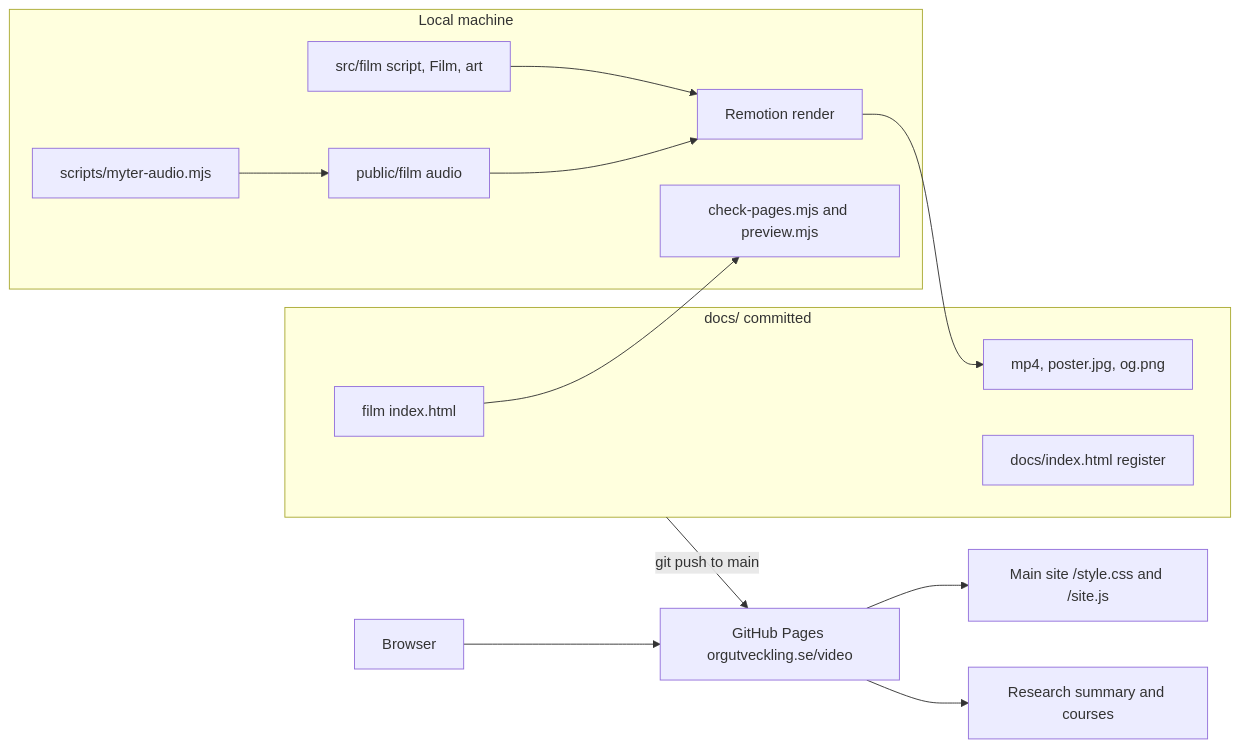
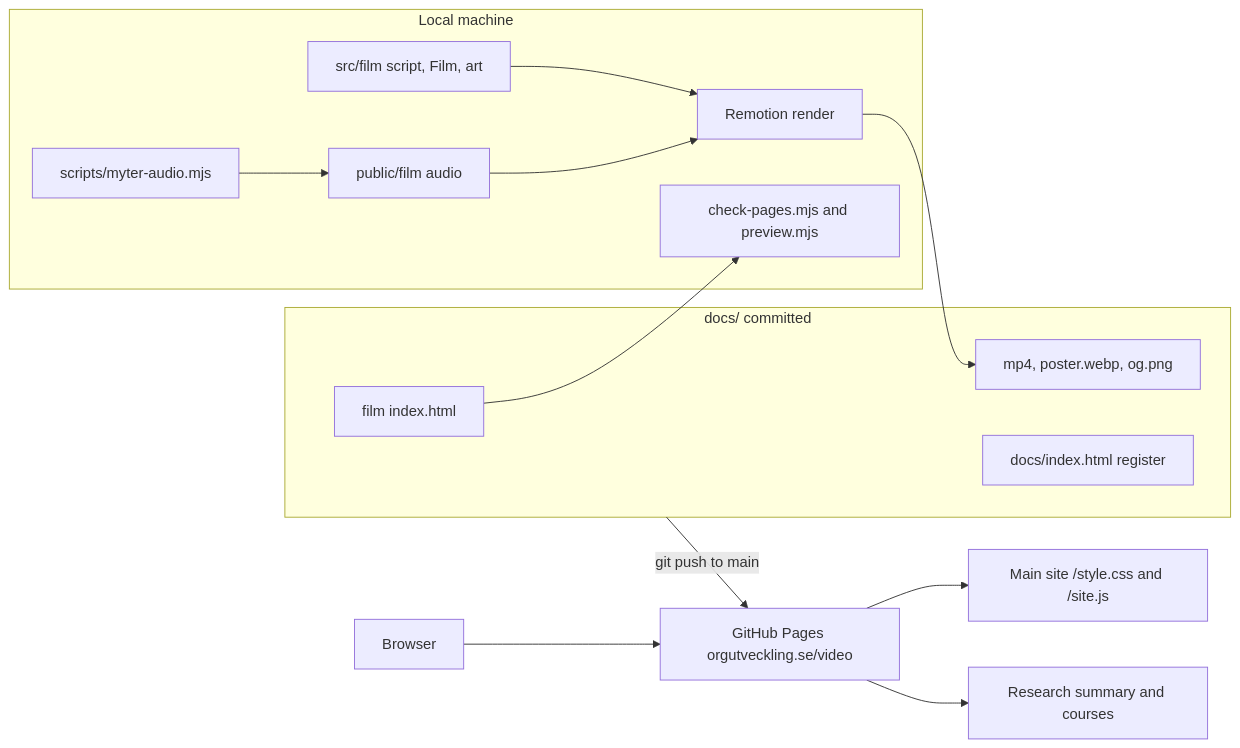
Before and after one commit to Elwyndaz/video: the diagram in CONTEXT.md, drawn with Mermaid. The commit also changed other lines of this file and 2 other files, not shown here.

Commit message:
perf: myter poster as webp 45 kB (was jpg 173 kB), preloaded
LCP at 390 px, Slow 4G, CPU 4x: 4436 ms live before, 2040 ms on local preview after.
poster.jpg kept for edge-cached HTML.

````diff
--- a/CONTEXT.md
+++ b/CONTEXT.md
@@ -29,31 +29,31 @@
 ```mermaid
 graph LR
   subgraph LOCAL["Local machine"]
     AUDIO[scripts/myter-audio.mjs]
     PUB[public/film audio]
     SRC[src/film script, Film, art]
     REMOTION[Remotion render]
     CHECK[check-pages.mjs and preview.mjs]
   end
 
   subgraph DOCS["docs/ committed"]
     PAGE[film index.html]
-    MP4[mp4, poster.jpg, og.png]
+    MP4[mp4, poster.webp, og.png]
     REG[docs/index.html register]
   end
 
   PAGES[GitHub Pages orgutveckling.se/video]
   MAIN[Main site /style.css and /site.js]
   USER[Browser]
   NEXT[Research summary and courses]
 
   AUDIO --> PUB
   PUB --> REMOTION
   SRC --> REMOTION
   REMOTION --> MP4
   PAGE --> CHECK
   DOCS -->|git push to main| PAGES
   USER --> PAGES
   PAGES --> MAIN
   PAGES --> NEXT
 ```
````
